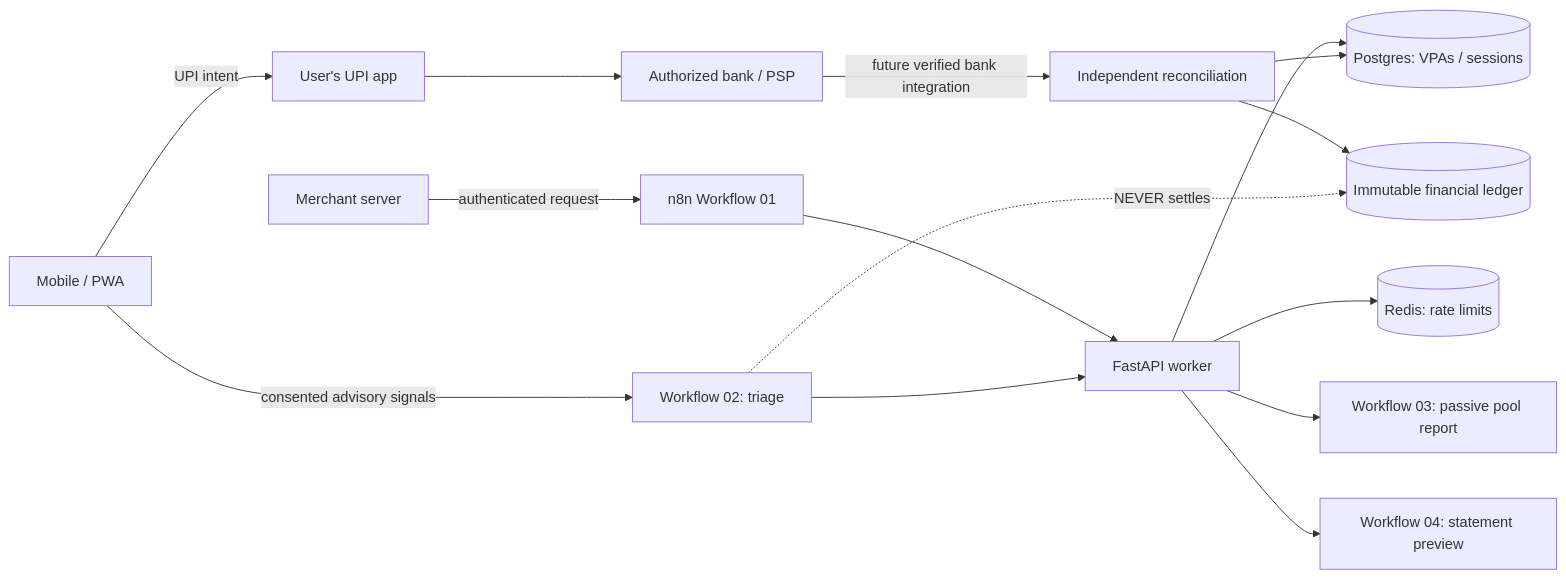
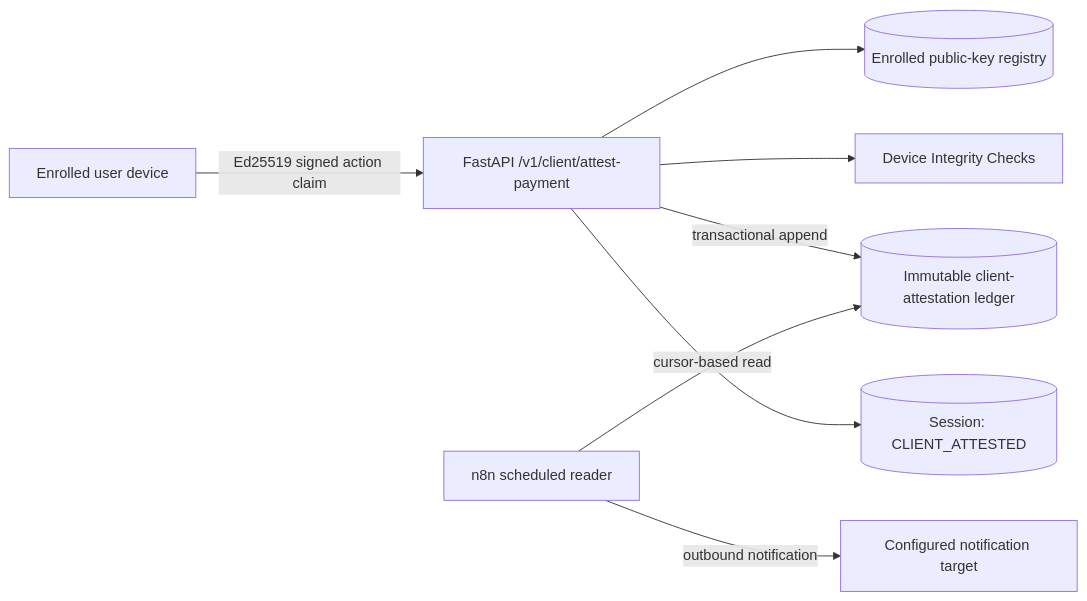
The diagram in forensic-upi-intent-engine/docs/architecture.md (Tashima-Tarsh/Zero-Trust-Fintech), drawn with Mermaid before and after one commit. The commit also changed other lines of this file and 9 other files, not shown here.

Commit message:
docs: align architecture, setup and phase guides with device attestations

````diff
--- a/forensic-upi-intent-engine/docs/architecture.md
+++ b/forensic-upi-intent-engine/docs/architecture.md
@@ -3,17 +3,10 @@
-```mermaid
+~~~mermaid
 flowchart LR
-M[Merchant server] -->|authenticated request| N[n8n Workflow 01]
-N --> W[FastAPI worker]
-W --> D[(Postgres: VPAs / sessions)]
-W --> R[(Redis: rate limits)]
-C[Mobile / PWA] -->|UPI intent| A[User's UPI app]
-A --> B[Authorized bank / PSP]
-C -->|consented advisory signals| T[Workflow 02: triage]
-T --> W
-B -->|future verified bank integration| X[Independent reconciliation]
-X --> D
-X --> L[(Immutable financial ledger)]
-W --> H[Workflow 03: passive pool report]
-W --> S[Workflow 04: statement preview]
-T -.->|NEVER settles| L
-```
+  U[Enrolled user device] -->|Ed25519 signed action claim| A[FastAPI /v1/client/attest-payment]
+  A --> K[(Enrolled public-key registry)]
+  A --> I[Device Integrity Checks]
+  A -->|transactional append| L[(Immutable client-attestation ledger)]
+  A --> S[(Session: CLIENT_ATTESTED)]
+  N[n8n scheduled reader] -->|cursor-based read| L
+  N -->|outbound notification| O[Configured notification target]
+~~~
````
